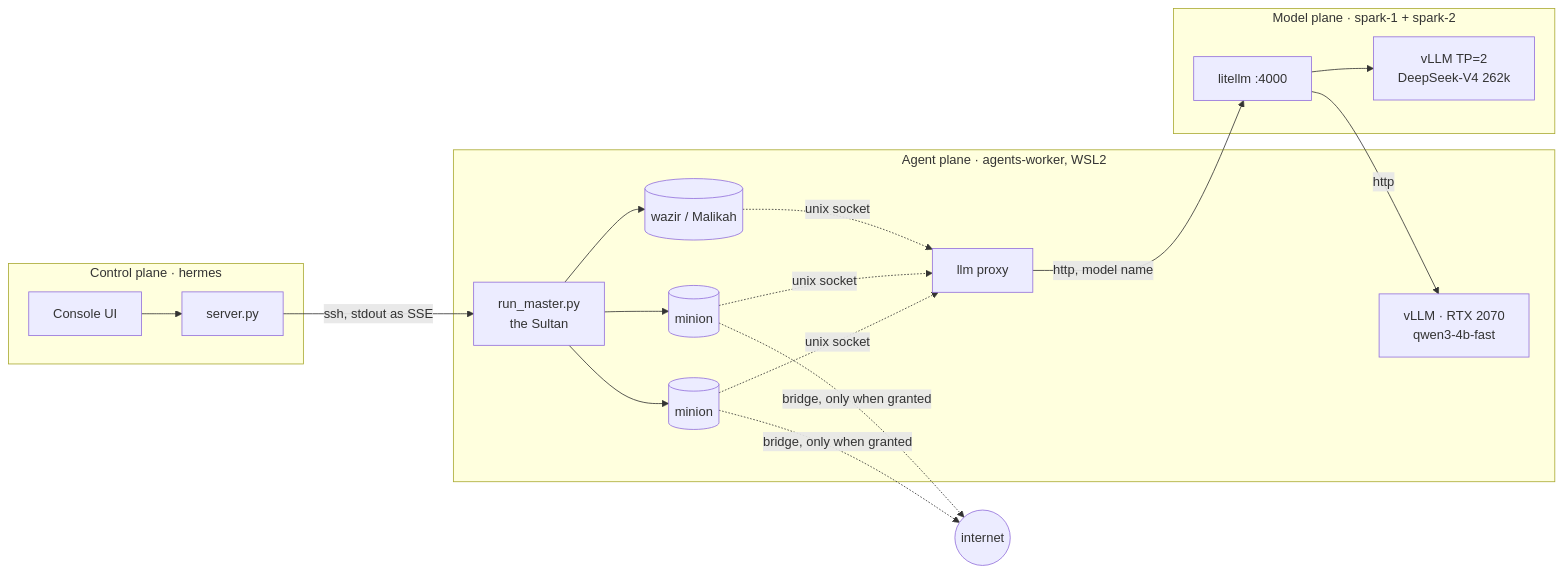
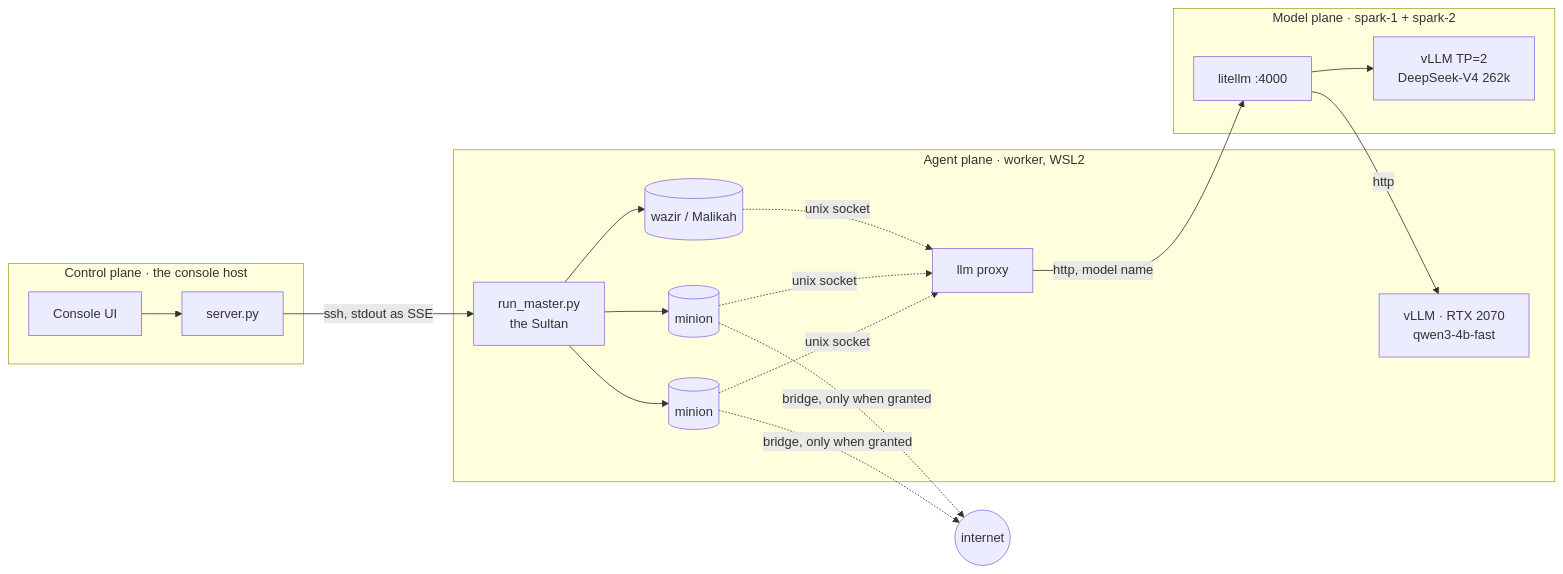
Before and after one commit to bytebunkerlabs/bytebunker-console: the diagram in docs/blog/2026-09-30-the-sultans-court.md, drawn with Mermaid. The commit also changed other lines of this file and 16 other files, not shown here.

````diff
--- a/docs/blog/2026-09-30-the-sultans-court.md
+++ b/docs/blog/2026-09-30-the-sultans-court.md
@@ -32,20 +32,20 @@
 ```mermaid
 flowchart LR
-  subgraph control [Control plane · hermes]
+  subgraph control [Control plane · the console host]
     UI[Console UI] --> SRV[server.py]
   end
-  subgraph agent [Agent plane · agents-worker, WSL2]
+  subgraph agent [Agent plane · worker, WSL2]
     RM[run_master.py<br/>the Sultan] --> C1[(minion)]
     RM --> C2[(minion)]
     RM --> C3[(wazir / Malikah)]
     C1 & C2 & C3 -. unix socket .-> PX[llm proxy]
     FAST[vLLM · RTX 2070<br/>qwen3-4b-fast]
   end
   subgraph model [Model plane · spark-1 + spark-2]
     GW[litellm :4000] --> ENG[vLLM TP=2<br/>DeepSeek-V4 262k]
   end
   SRV -- ssh, stdout as SSE --> RM
   PX -- http, model name --> GW
   GW -- http --> FAST
   C1 & C2 -. bridge, only when granted .-> NET((internet))
 ```
````
